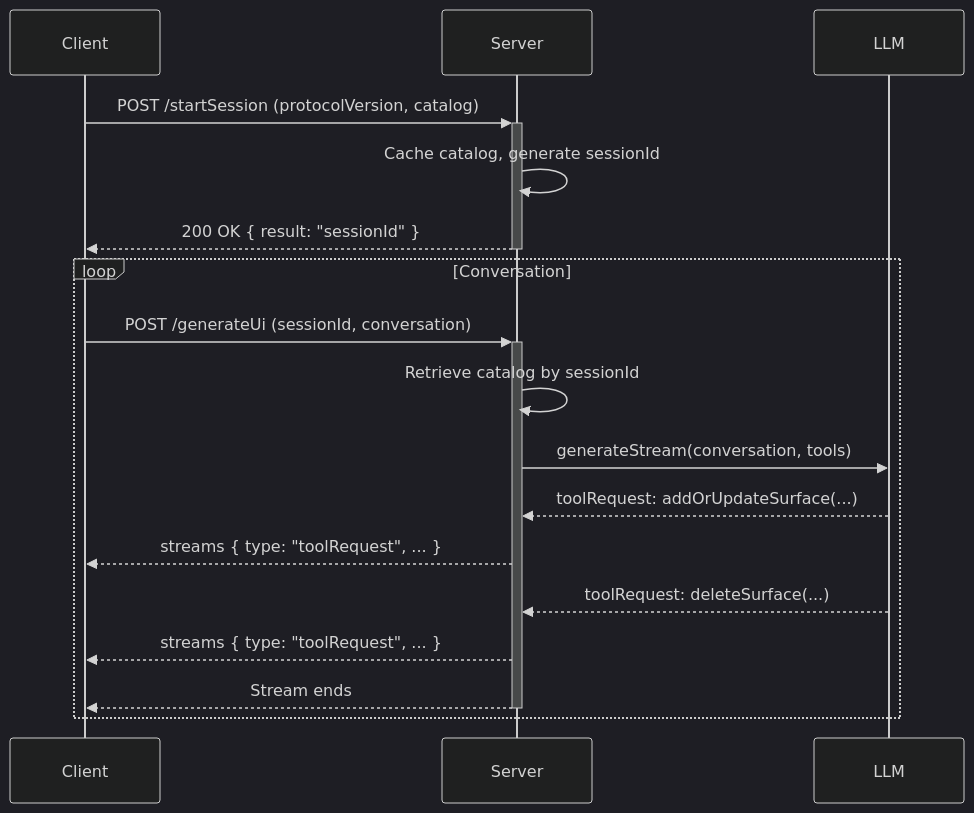
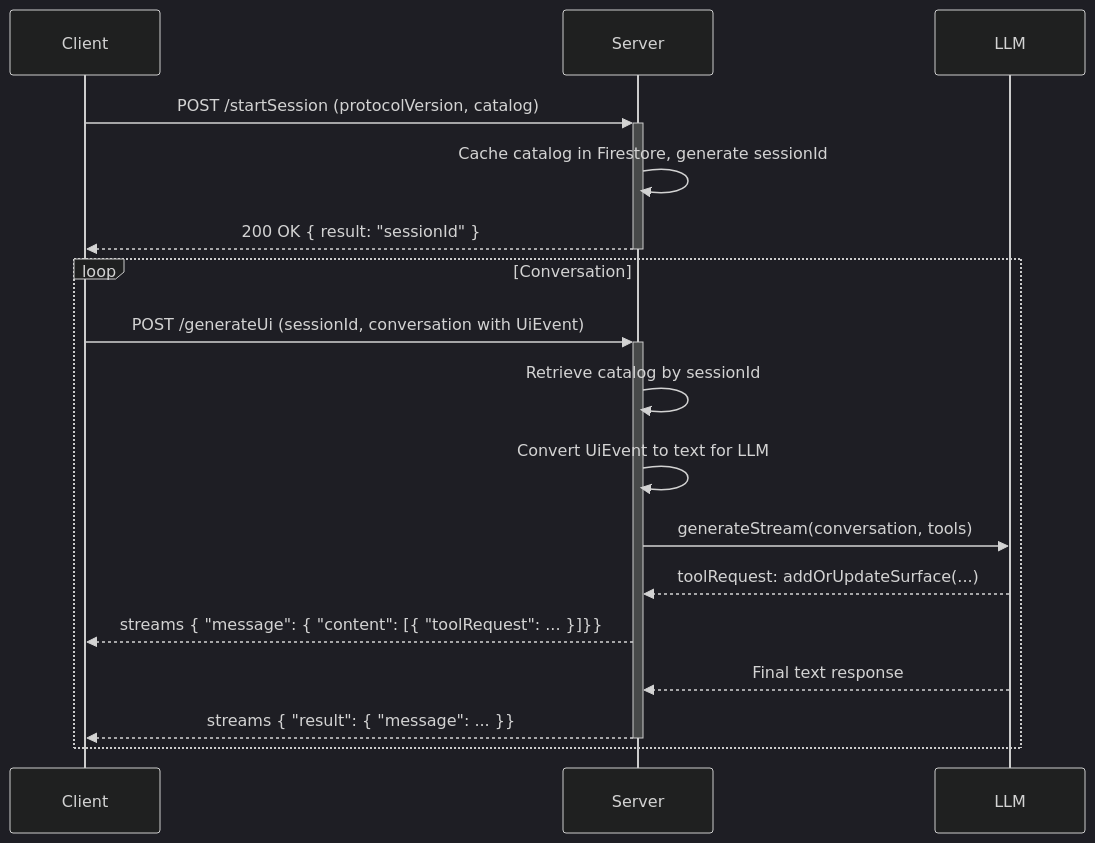
The second of 2 diagrams in packages/genui_server/IMPLEMENTATION.md (gspencergoog/genui), drawn with Mermaid (dark theme) before and after one commit. The commit also changed other lines of this file and 1 other file, not shown here.

````diff
--- a/packages/genui_server/IMPLEMENTATION.md
+++ b/packages/genui_server/IMPLEMENTATION.md
@@ -103,21 +96,21 @@
 ```mermaid
 sequenceDiagram
     participant Client
     participant Server
     participant LLM
 
     Client->>+Server: POST /startSession (protocolVersion, catalog)
-    Server->>Server: Cache catalog, generate sessionId
+    Server->>Server: Cache catalog in Firestore, generate sessionId
     Server-->>-Client: 200 OK { result: "sessionId" }
 
     loop Conversation
-        Client->>+Server: POST /generateUi (sessionId, conversation)
+        Client->>+Server: POST /generateUi (sessionId, conversation with UiEvent)
         Server->>Server: Retrieve catalog by sessionId
+        Server->>Server: Convert UiEvent to text for LLM
         Server->>LLM: generateStream(conversation, tools)
         LLM-->>Server: toolRequest: addOrUpdateSurface(...)
-        Server-->>Client: streams { type: "toolRequest", ... }
-        LLM-->>Server: toolRequest: deleteSurface(...)
-        Server-->>Client: streams { type: "toolRequest", ... }
-        Server-->>-Client: Stream ends
+        Server-->>Client: streams { "message": { "content": [{ "toolRequest": ... }]}}
+        LLM-->>Server: Final text response
+        Server-->>-Client: streams { "result": { "message": ... }}
     end
 ```
````
